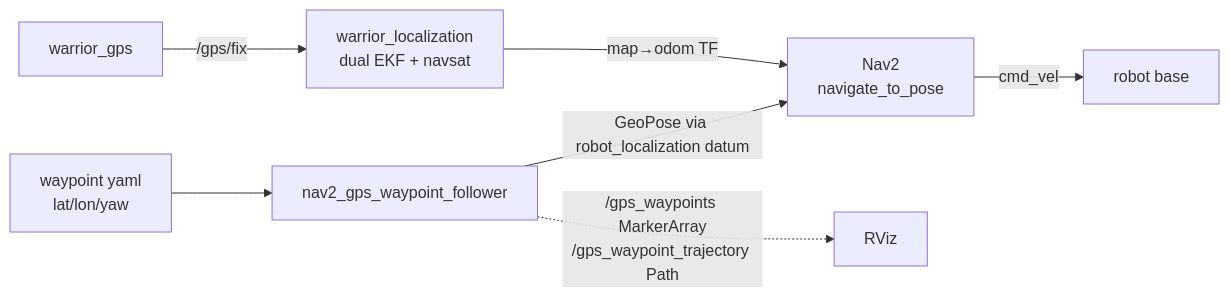
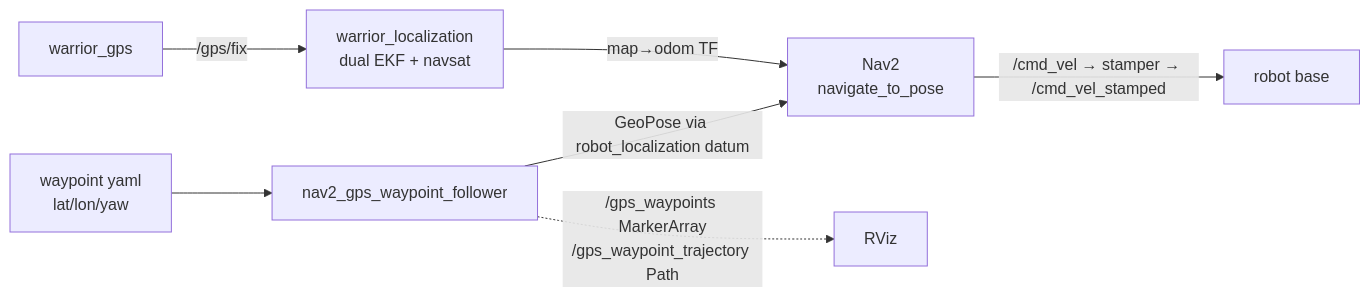
Before and after one commit to waynerobotics/Warrior_2026: the diagram in warrior_navigation/README.md, drawn with Mermaid. The commit also changed other lines of this file and 31 other files, not shown here.

````diff
--- a/warrior_navigation/README.md
+++ b/warrior_navigation/README.md
@@ -13,9 +43,9 @@
 ```mermaid
 flowchart LR
     YAML[waypoint yaml<br/>lat/lon/yaw] --> WF[nav2_gps_waypoint_follower]
     WF -->|GeoPose via robot_localization datum| N2[Nav2<br/>navigate_to_pose]
-    N2 -->|cmd_vel| BASE[robot base]
+    N2 -->|/cmd_vel → stamper → /cmd_vel_stamped| BASE[robot base]
     LOC[warrior_localization<br/>dual EKF + navsat] -->|map→odom TF| N2
     GPS[warrior_gps] -->|/gps/fix| LOC
     WF -.->|/gps_waypoints MarkerArray<br/>/gps_waypoint_trajectory Path| RVIZ[RViz]
 ```
````
